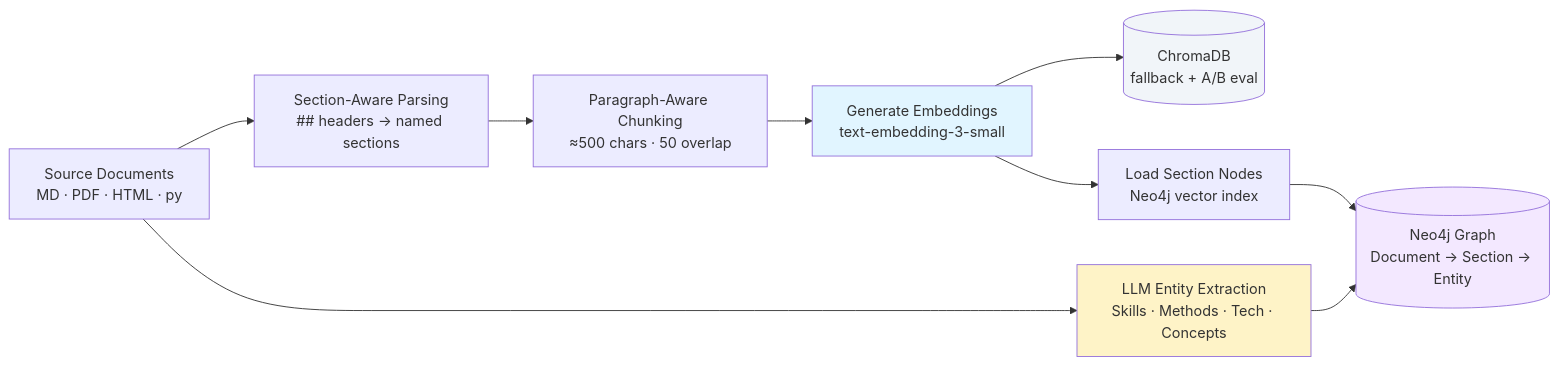
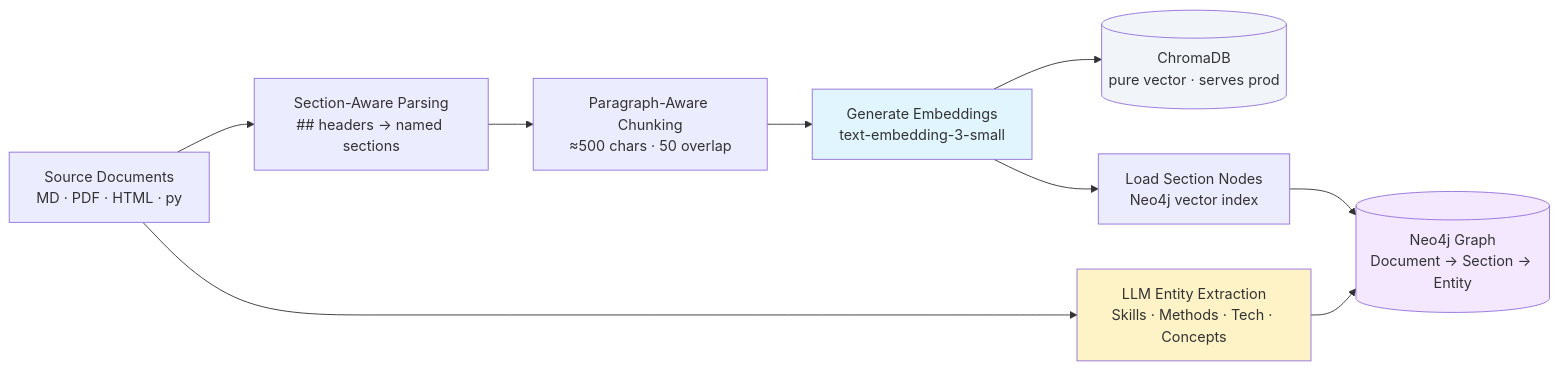
One commit to dagny099/barbs-digital-twin changed the second of 3 diagrams in docs/DEVELOPER_GUIDE.md. Above: the diagram before and after it, drawn with Mermaid. The commit also changed other lines of this file and 16 other files, not shown here.

````diff
--- a/docs/DEVELOPER_GUIDE.md
+++ b/docs/DEVELOPER_GUIDE.md
@@ -137,18 +137,18 @@
 ```mermaid
 graph LR
     A[Source Documents<br/>MD · PDF · HTML · py] --> B[Section-Aware Parsing<br/>## headers → named sections]
     B --> C[Paragraph-Aware Chunking<br/>≈500 chars · 50 overlap]
     C --> D[Generate Embeddings<br/>text-embedding-3-small]
 
-    D --> E[(ChromaDB<br/>fallback + A/B eval)]
+    D --> E[(ChromaDB<br/>pure vector · serves prod)]
     D --> F[Load Section Nodes<br/>Neo4j vector index]
     F --> G[(Neo4j Graph<br/>Document → Section → Entity)]
 
     EX[LLM Entity Extraction<br/>Skills · Methods · Tech · Concepts] --> G
     A --> EX
 
     style D fill:#e1f5ff
     style E fill:#f1f5f9
     style G fill:#f3e8ff
     style EX fill:#fef3c7
 ```
````
